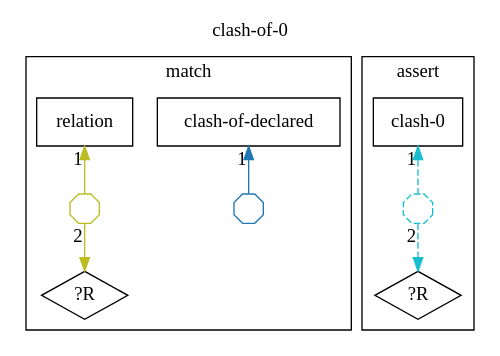
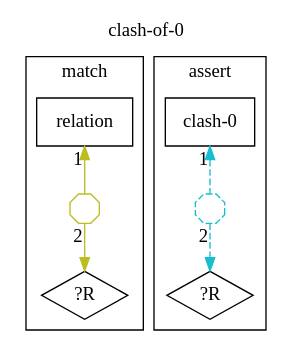
Before and after one commit to agutikov/ein: the diagram in docs/ein/user/04-reference/04-stdlib/diagrams/20-std.contradiction.clash-of-0.dot, drawn with Graphviz. The commit also changed 141 other files, not shown here.

```diff
--- a/docs/ein/user/04-reference/04-stdlib/diagrams/20-std.contradiction.clash-of-0.dot
+++ b/docs/ein/user/04-reference/04-stdlib/diagrams/20-std.contradiction.clash-of-0.dot
@@ -1,21 +1,18 @@
 digraph rule_clash_of_0_lhs_rhs {
   rankdir=TB;
   label="clash-of-0"; labelloc=t;
   subgraph cluster_lhs { label="match";
-    "clash-of-declared_L" [label="clash-of-declared", shape=box];
     "relation_L" [label="relation", shape=box];
     "?R_L" [label="?R", shape=diamond];
-    "h1_clash-of-declared_L" [shape=octagon, label="", width=0.3, height=0.3, fixedsize=true, color="#1f77b4"];
-    "clash-of-declared_L" -> "h1_clash-of-declared_L" [xlabel="1", dir=back, color="#1f77b4"];
-    "h2_relation_L" [shape=octagon, label="", width=0.3, height=0.3, fixedsize=true, color="#bcbd22"];
-    "relation_L" -> "h2_relation_L" [xlabel="1", dir=back, color="#bcbd22"];
-    "h2_relation_L" -> "?R_L" [xlabel="2", color="#bcbd22"];
+    "h1_relation_L" [shape=octagon, label="", width=0.3, height=0.3, fixedsize=true, color="#bcbd22"];
+    "relation_L" -> "h1_relation_L" [xlabel="1", dir=back, color="#bcbd22"];
+    "h1_relation_L" -> "?R_L" [xlabel="2", color="#bcbd22"];
   }
   subgraph cluster_rhs { label="assert";
     "clash-0_R" [label="clash-0", shape=box];
     "?R_R" [label="?R", shape=diamond];
-    "h3_clash-0_R" [shape=octagon, label="", width=0.3, height=0.3, fixedsize=true, color="#17becf", style=dashed];
-    "clash-0_R" -> "h3_clash-0_R" [xlabel="1", dir=back, color="#17becf", style=dashed];
-    "h3_clash-0_R" -> "?R_R" [xlabel="2", color="#17becf", style=dashed];
+    "h2_clash-0_R" [shape=octagon, label="", width=0.3, height=0.3, fixedsize=true, color="#17becf", style=dashed];
+    "clash-0_R" -> "h2_clash-0_R" [xlabel="1", dir=back, color="#17becf", style=dashed];
+    "h2_clash-0_R" -> "?R_R" [xlabel="2", color="#17becf", style=dashed];
   }
 }
```
